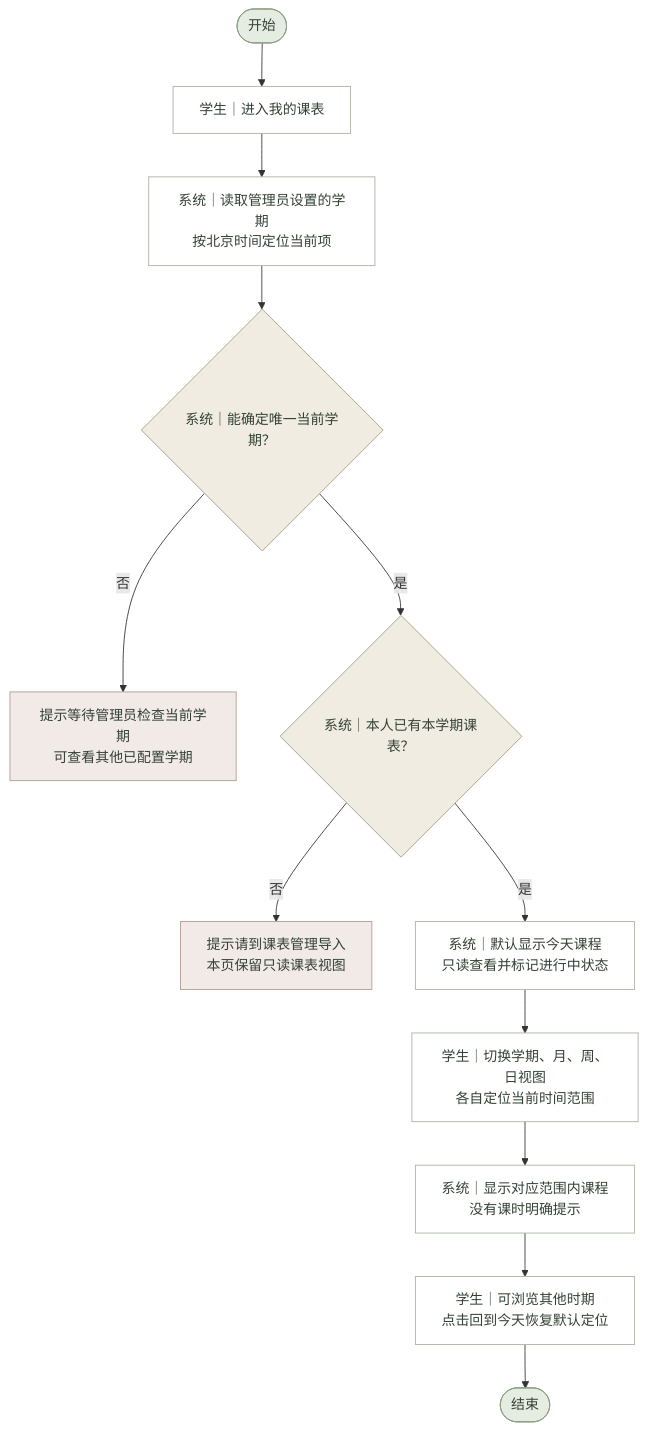
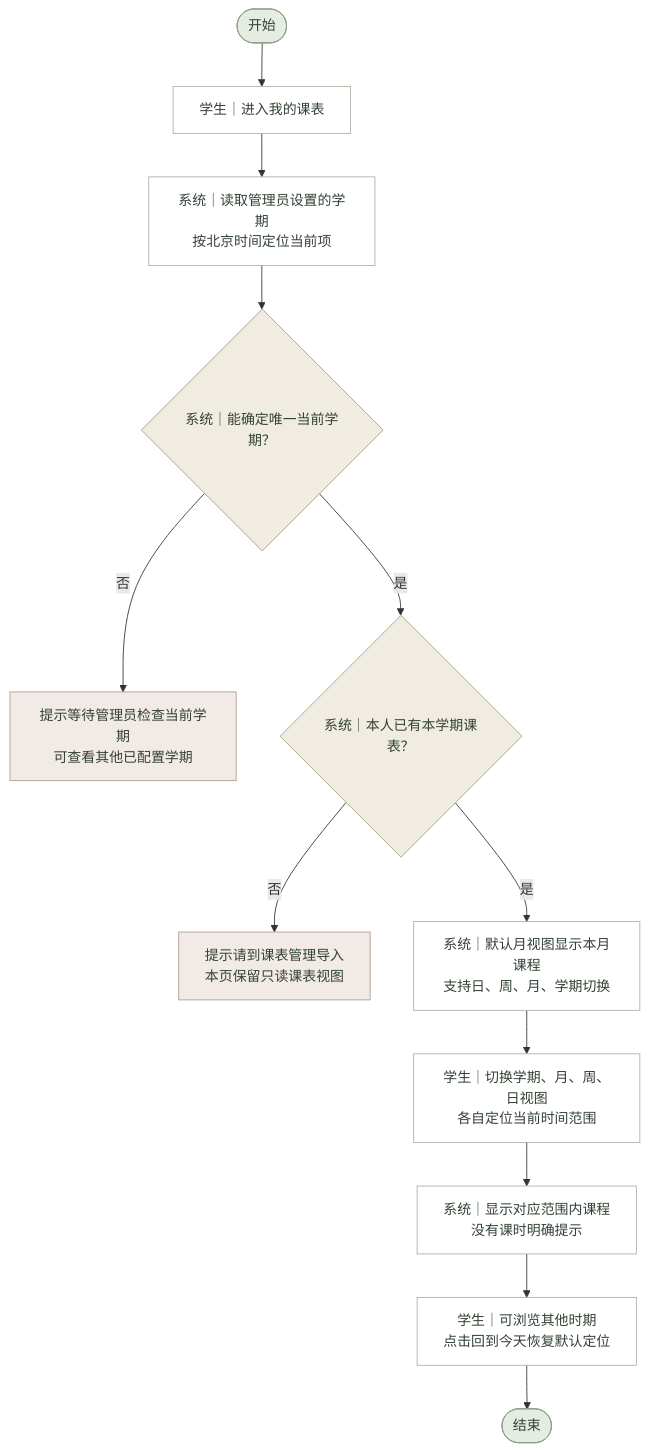
Before and after one commit to lichen-lc123/class-assistant: the diagram in 需求文档/课表功能/流程图源文件/业务流程图/课表默认定位与时间视图.mmd, drawn with Mermaid. The commit also changed 101 other files, not shown here.

```diff
--- a/需求文档/课表功能/流程图源文件/业务流程图/课表默认定位与时间视图.mmd
+++ b/需求文档/课表功能/流程图源文件/业务流程图/课表默认定位与时间视图.mmd
@@ -1,42 +1,42 @@
 %% 课表默认定位与时间视图 · 业务流程图 · V1.0 · 2026-11-02
 flowchart TD
     N0(["开始"])
     N1["学生｜进入我的课表"]
     N2["系统｜读取管理员设置的学期<br/>按北京时间定位当前项"]
     N3{"系统｜能确定唯一当前学期？"}
     B3["提示等待管理员检查当前学期<br/>可查看其他已配置学期"]
     N4{"系统｜本人已有本学期课表？"}
     B4["提示请到课表管理导入<br/>本页保留只读课表视图"]
-    N5["系统｜默认显示今天课程<br/>只读查看并标记进行中状态"]
+    N5["系统｜默认月视图显示本月课程<br/>支持日、周、月、学期切换"]
     N6["学生｜切换学期、月、周、日视图<br/>各自定位当前时间范围"]
     N7["系统｜显示对应范围内课程<br/>没有课时明确提示"]
     N8["学生｜可浏览其他时期<br/>点击回到今天恢复默认定位"]
     N9(["结束"])
     N0 --> N1
     N1 --> N2
     N2 --> N3
     N3 -->|否| B3
     N3 -->|是| N4
     N4 -->|否| B4
     N4 -->|是| N5
     N5 --> N6
     N6 --> N7
     N7 --> N8
     N8 --> N9
     classDef normal fill:#FFFFFF,stroke:#A8B2A2,color:#344235;
     classDef decision fill:#F0ECE2,stroke:#A69B83,color:#344235;
     classDef terminal fill:#E5ECE2,stroke:#8A9D82,color:#344235;
     classDef exception fill:#F2EAE6,stroke:#B09B91,color:#344235;
     classDef database fill:#E7EDF0,stroke:#8A9CA6,color:#344235;
     class N0 terminal;
     class N1 normal;
     class N2 normal;
     class N3 decision;
     class B3 exception;
     class N4 decision;
     class B4 exception;
     class N5 normal;
     class N6 normal;
     class N7 normal;
     class N8 normal;
     class N9 terminal;
```
